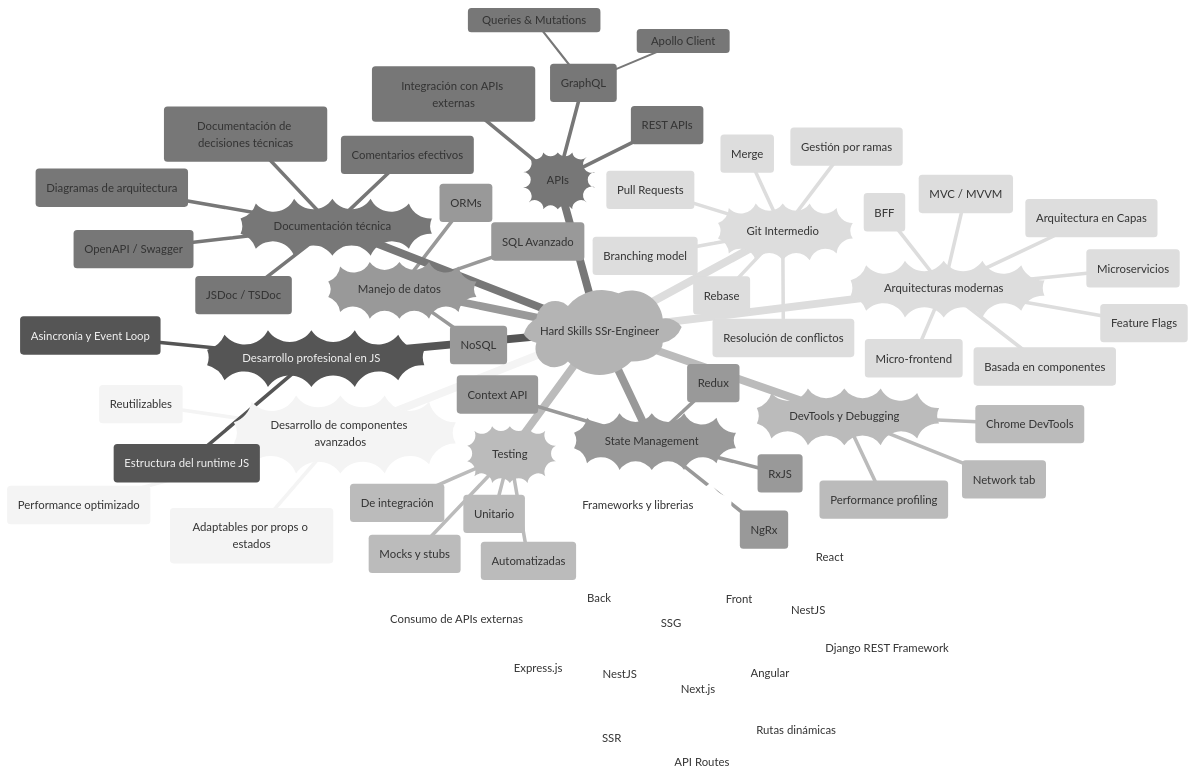
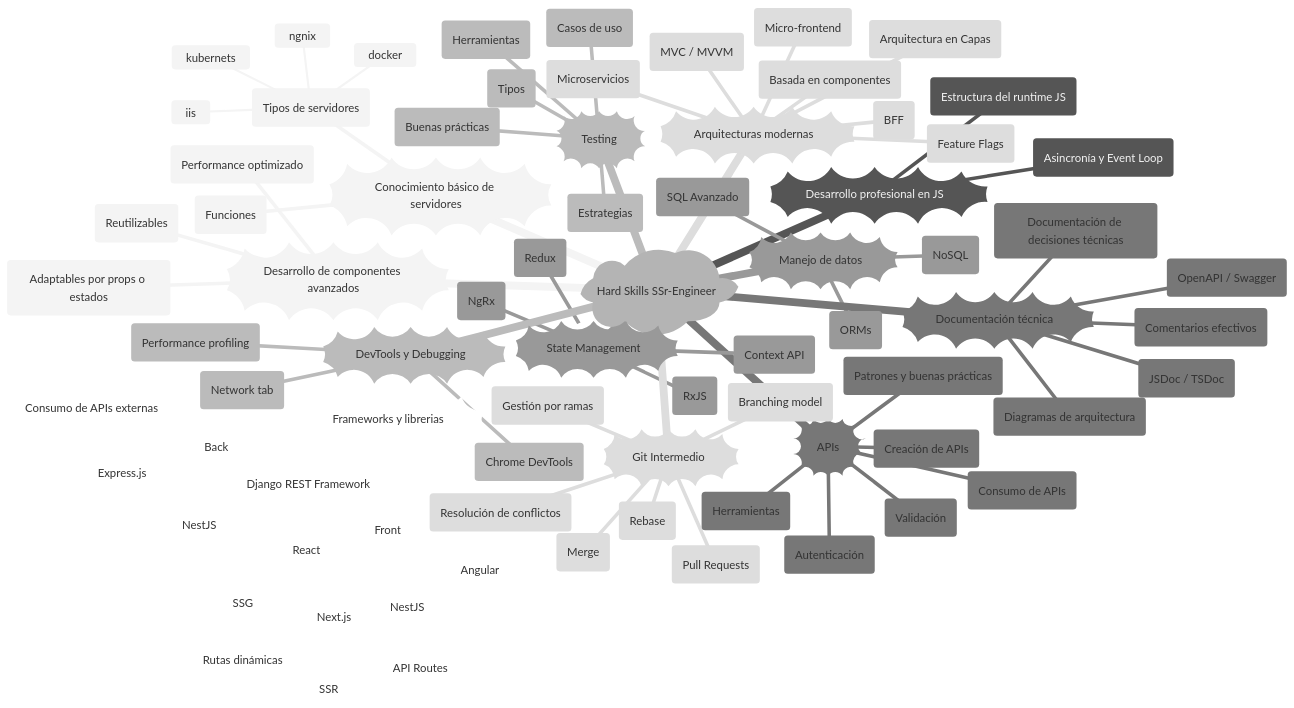
Before and after one commit to EdgarRangelInnovate/EdgarRangelInnovate: the first of 7 diagrams in knowledge/tech/ssr-engineer.md, drawn with Mermaid (neutral theme). The commit also changed other lines of this file, not shown here.

````diff
--- a/knowledge/tech/ssr-engineer.md
+++ b/knowledge/tech/ssr-engineer.md
@@ -11,71 +11,80 @@
 ```mermaid
 mindmap
   root(Hard Skills SSr-Engineer))
     ))Desarrollo de componentes avanzados((
       (Reutilizables)
       (Performance optimizado)
       (Adaptables por props o estados)
     ))Desarrollo profesional en JS((  
       (Asincronía y Event Loop)
       (Estructura del runtime JS)
     ))Testing((
-      (Unitario)
-      (De integración)
-      (Automatizadas)
-      (Mocks y stubs)
+      (Tipos)
+      (Herramientas)
+      (Buenas prácticas)
+      (Casos de uso)
+      (Estrategias)
     ))APIs((
-      (Integración con APIs externas)
-      (REST APIs)
-      (GraphQL)
-        Apollo Client
-        Queries & Mutations
+      (Consumo de APIs)
+      (Creación de APIs)
+      (Autenticación)
+      (Validación)
+      (Herramientas)
+      (Patrones y buenas prácticas)
     ))State Management((
       (Context API)
       (Redux)
       (RxJS)
       (NgRx)
     ))Git Intermedio((
       (Branching model)
       (Merge)
       (Rebase)
       (Pull Requests)
       (Resolución de conflictos)
       (Gestión por ramas)
     ))Frameworks y librerias((
       ((Front))
         (NestJS)
         (Django REST Framework)
         (React)
         (Angular)
         (Next.js)
           SSR
           SSG
           Rutas dinámicas
           API Routes
       ((Back))
         (Express.js)
         (NestJS)
         (Consumo de APIs externas)
     ))Arquitecturas modernas((
       (MVC / MVVM)
       (Arquitectura en Capas)
       (Microservicios)
       (Micro-frontend)
       (BFF)
       (Feature Flags)
       (Basada en componentes)
     ))DevTools y Debugging((
       (Chrome DevTools)
       (Network tab)
       (Performance profiling)
     ))Manejo de datos((
       (SQL Avanzado)
       (NoSQL)
       (ORMs)
     ))Documentación técnica((
       (OpenAPI / Swagger)
       (JSDoc / TSDoc)
       (Diagramas de arquitectura)
       (Comentarios efectivos)
       (Documentación de decisiones técnicas)
+    ))Conocimiento básico de servidores((
+      (Tipos de servidores)
+        ngnix
+        docker
+        kubernets
+        iis
+      (Funciones)
 ```
````
